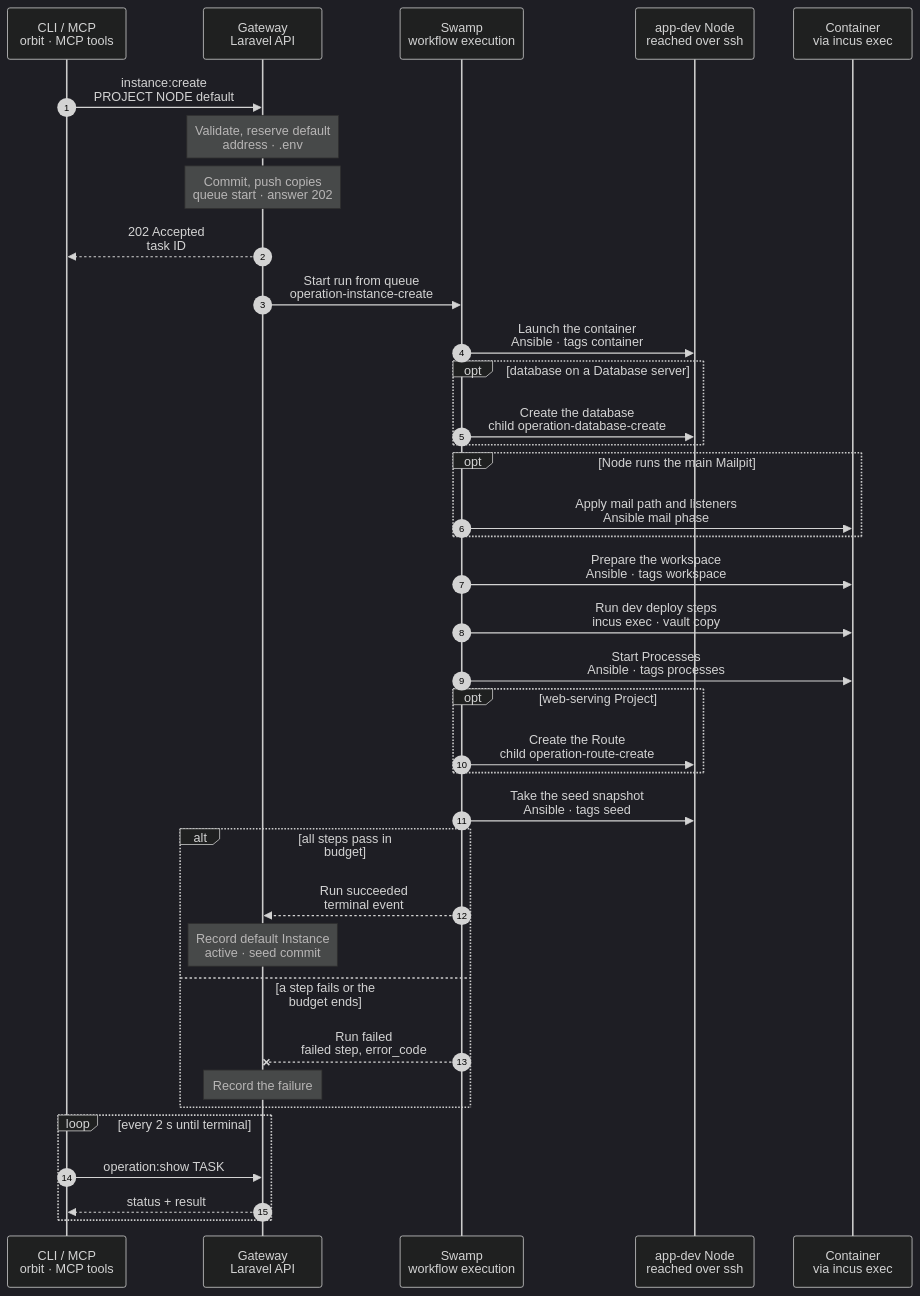
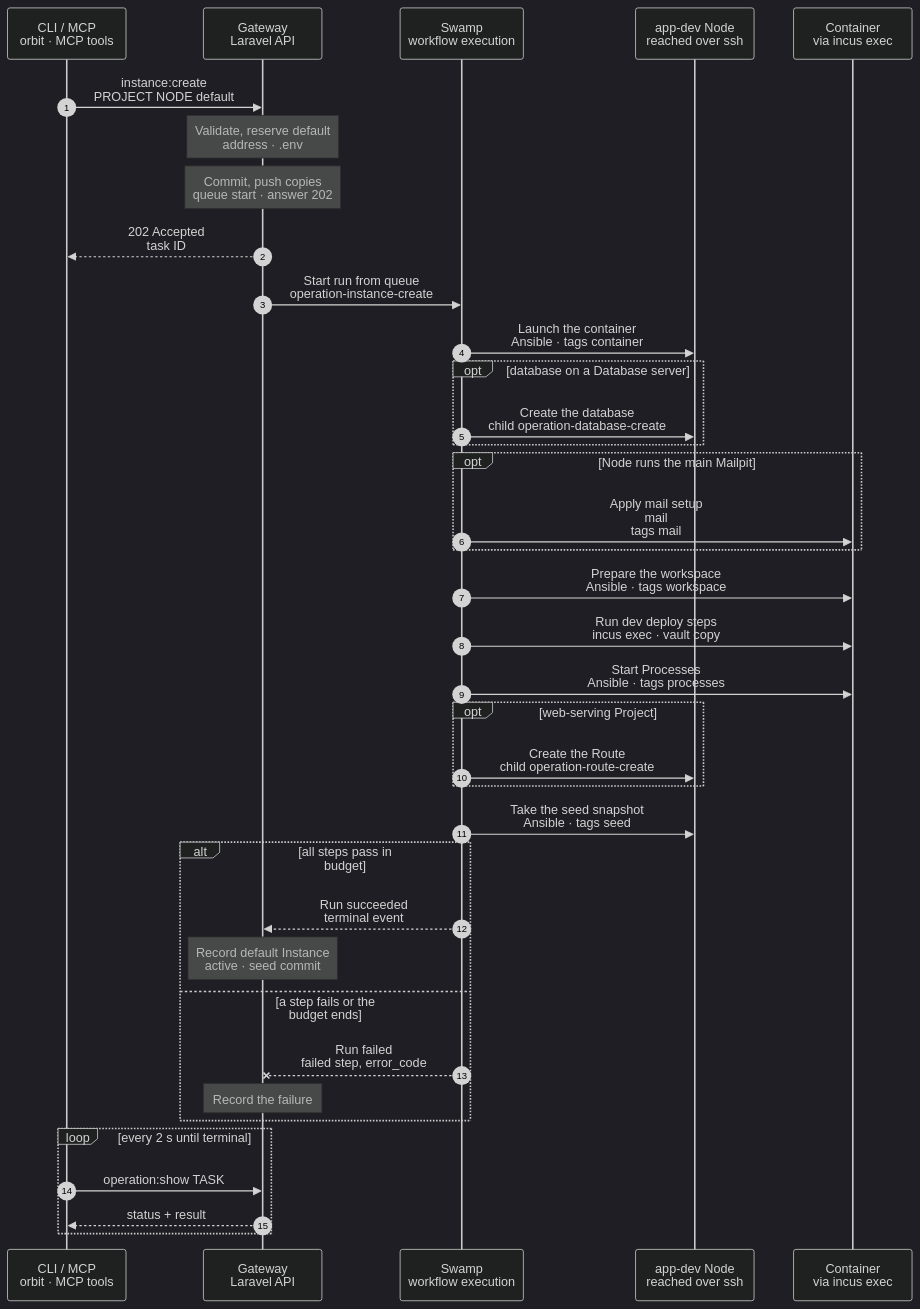
One commit to hardimpactdev/orbit changed the diagram in docs/cli/instance/container/create-default.mmd. Above: the diagram before and after it, drawn with Mermaid (dark theme). The commit also changed 11 other files, not shown here.

```diff
--- a/docs/cli/instance/container/create-default.mmd
+++ b/docs/cli/instance/container/create-default.mmd
@@ -1,86 +1,86 @@
 sequenceDiagram
   %% Target design, container runtime (ADR 0250 step 3, docs/reference/development-containers.md#the-default-instance): the Project's first default Instance on an app-dev Node, the only Instance built from scratch. It runs no T3; it is the clone source of the Project's other Instances. When the charts move into place, this becomes the first-default branch of container/create.mmd.
   %% status: draft
   %% command: instance:create PROJECT NODE default
   %% kind: instance.create
   autonumber
   %% lane CLI icon=terminal pill=caller tone=gray
   %% lane GW icon=gateway pill=intent tone=blue
   %% lane SW icon=workflow pill=executes tone=green
   %% lane N icon=server pill=target tone=amber
   %% lane C icon=server pill=target tone=purple
   participant CLI as CLI / MCP<br/>orbit · MCP tools
   participant GW as Gateway<br/>Laravel API
   participant SW as Swamp<br/>workflow execution
   participant N as app-dev Node<br/>reached over ssh
   participant C as Container<br/>via incus exec
   CLI->>GW: instance:create<br/>PROJECT NODE default
   %%> Command:
   %%> - `orbit instance:create PROJECT NODE default`
   %%> - a name equal to the Project's default branch also creates the `default` Instance
   Note over GW: Validate, reserve default<br/>address · .env
   %%> Requirements:
   %%> - the calling Node has node access to the target Node, an active `app-dev` Node
   %%> - the Project has no default Instance anywhere in the fleet; its other Instances are made on this Node
   %%> - a web-serving Project names its PHP version, and the runtime folder holds that static PHP build
   %%> Result:
   %%> - the default Instance is reserved with its runtime record and Route; it gets no T3 port
   %%> - `.env` is rendered from the Project's env template; a repository read token goes to the vault
   Note over GW: Commit, push copies<br/>queue start · answer 202
   GW-->>CLI: 202 Accepted<br/>task ID
   GW->>SW: Start run from queue<br/>operation-instance-create
   SW->>N: Launch the container<br/>Ansible · tags container
   %%> What it does:
   %%> - `incus init` from the Node's image `orbit-instance` with the reserved bridge address, then `incus start`; the project's profile gives `security.port_isolation` and the idmapped, read-only shared folders
   %%> - the NIC carries `orbitinst0-proxy` and the container's own ACL, which lets only the Node's Caddy reach port 8080; `orbitinst0-egress` stays on the bridge only
   %%> - the agent folder is mounted too, so its clones have it; nothing in the default runs from it
   %%> - fetches the default branch into the Node's mirror with the read token; the token stays on the Node
   opt database on a Database server
     SW->>N: Create the database<br/>child operation-database-create
     %%> What it does:
     %%> - the database family creates the owner and the database on the Project's database server, on this Node or another
     %%> - needs the container's database rule; without it the admission refuses `operation.kind_unavailable`
   end
   opt Node runs the main Mailpit
-    SW->>C: Apply mail path and listeners<br/>Ansible mail phase
+    SW->>C: Apply mail setup<br/>mail<br/>tags mail
     %%> Why:
     %%> - the exact own-ACL SMTP rule and additive bridge endpoint reach Mailpit without a Node converge
     %%> When:
     %%> - two IPv4 loopback sockets forward 1025 and 2525; a foreign listener skips setup without stopping its Process
   end
   SW->>C: Prepare the workspace<br/>Ansible · tags workspace
   %%> What it does:
   %%> - pushes the default branch in as a bundle and checks it out in `/srv/workspace` as `orbit`, with the group, setgid bits and default ACLs
   %%> - writes `.env` for `orbit` with group `work`; writes no `/etc/orbit/instance`, so T3 never starts here
   SW->>C: Run dev deploy steps<br/>incus exec · vault copy
   %%> What it does:
   %%> - the Project's development deploy steps, as `orbit`, in list order: they install dependencies and migrate
   %%> - the runtime folder supplies `php`, `composer`, Node and Bun; dependency downloads use the container egress model
   SW->>C: Start Processes<br/>Ansible · tags processes
   %%> What it does:
   %%> - FrankenPHP starts as the `orbit` unit `orbit-frankenphp.service` on port 8080 of the bridge address
   %%> - writes the shared FrankenPHP Caddyfile: only the Node's bridge peer with `X-Forwarded-Proto: https` sets PHP's HTTPS scheme, port and resolved client IP; other requests keep native values
   %%> - starts use nonblocking systemd jobs, then a bounded readiness check for each running unit; container Process units order after `network.target`
   %%> - the Project's development Processes start as `orbit-process-<id>-<name>.service` units, as `orbit`; each environment file comes from the vault, root only
   %%> - a Process whose desired state is stopped is installed, not started
   opt web-serving Project
     SW->>N: Create the Route<br/>child operation-route-create
   end
   SW->>N: Take the seed snapshot<br/>Ansible · tags seed
   %%> What it does:
   %%> - stops the Processes for a moment and snapshots the container as `seed-<commit>`, which clones copy
   alt all steps pass in budget
     SW-->>GW: Run succeeded<br/>terminal event
     Note over GW: Record default Instance<br/>active · seed commit
     %%> Result:
     %%> - the default Instance is active and its container runs; the runtime records the seed commit
   else a step fails or the budget ends
     SW--xGW: Run failed<br/>failed step, error_code
     %%> What stays:
     %%> - the stopped container with its workspace, marked failed; the same command resumes it
     Note over GW: Record the failure
   end
   loop every 2 s until terminal
     CLI->>GW: operation:show TASK
     GW-->>CLI: status + result
   end
```
